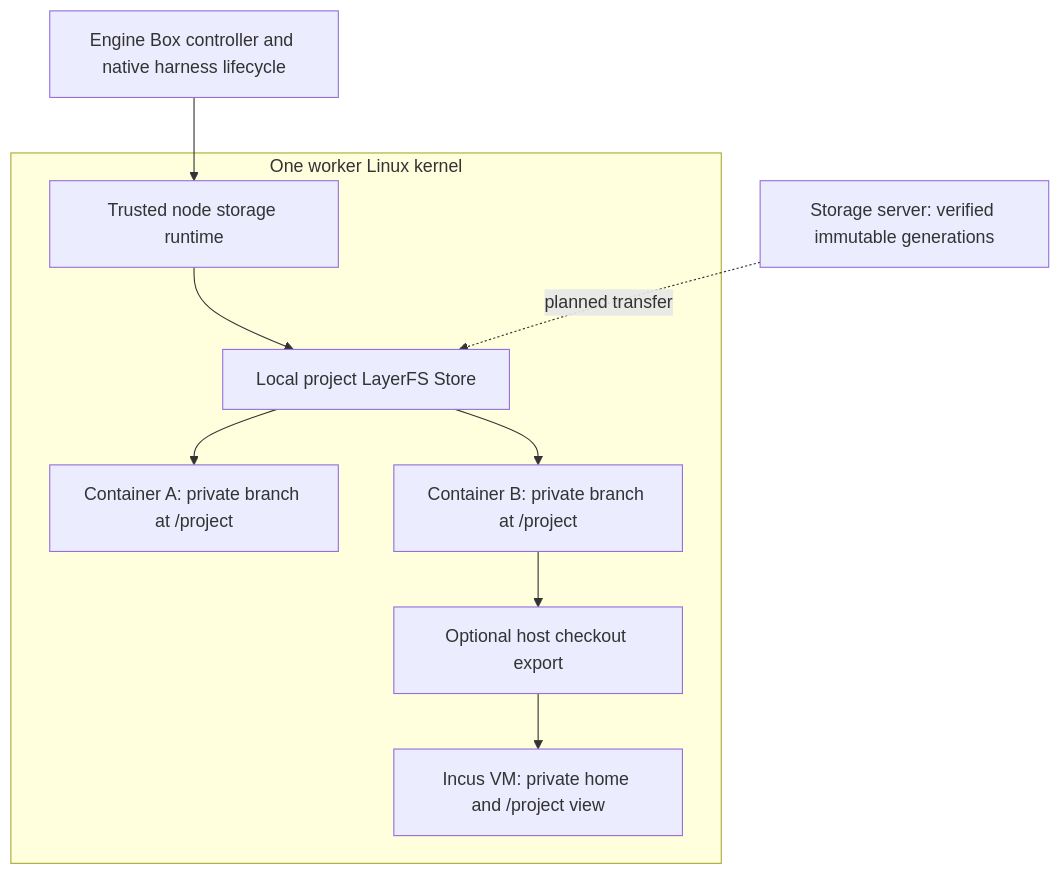
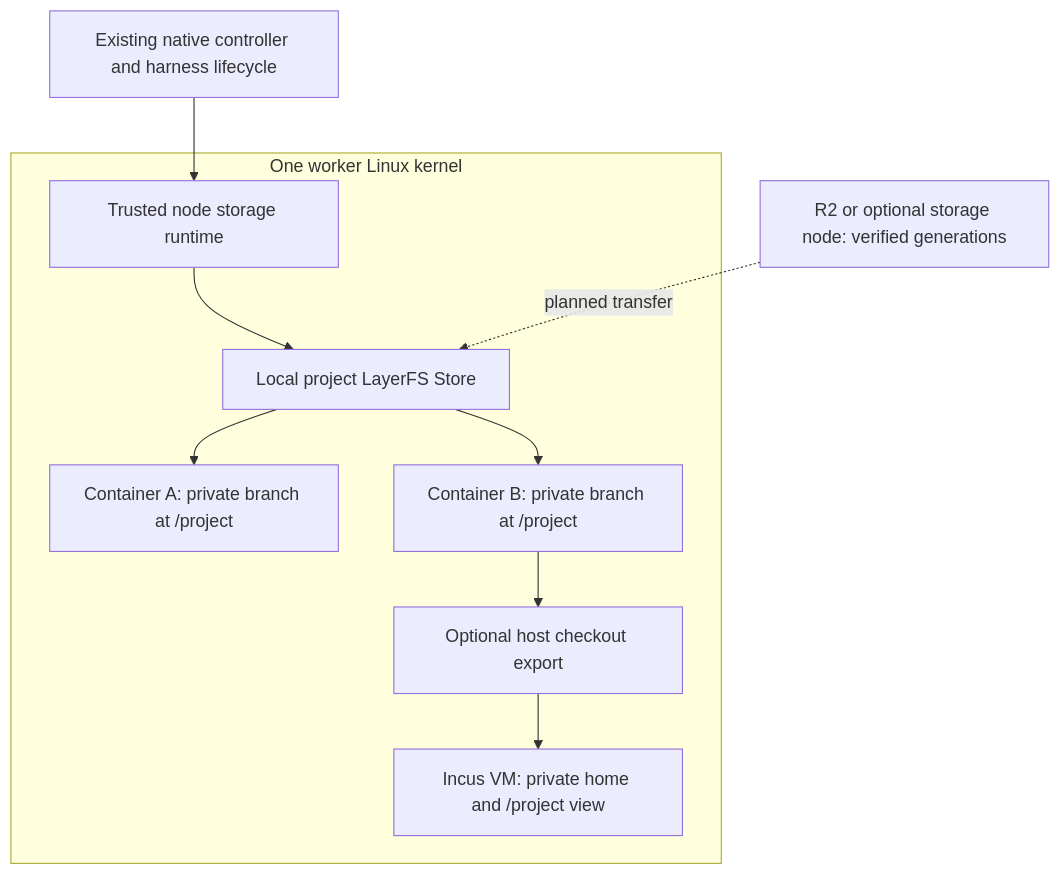
The diagram in docs/GAME-WORKSPACES.md (coop-collective/enginebox), drawn with Mermaid before and after one commit. The commit also changed other lines of this file and 4 other files, not shown here.

Commit message:
Require Cloudflare fleet authority and make storage nodes optional

````diff
--- a/docs/GAME-WORKSPACES.md
+++ b/docs/GAME-WORKSPACES.md
@@ -22,12 +25,12 @@
 ```mermaid
 flowchart TD
-    Controller[Engine Box controller and native harness lifecycle] --> Runtime[Trusted node storage runtime]
+    Controller[Existing native controller and harness lifecycle] --> Runtime[Trusted node storage runtime]
     subgraph Worker[One worker Linux kernel]
         Runtime --> Store[Local project LayerFS Store]
         Store --> A[Container A: private branch at /project]
         Store --> B[Container B: private branch at /project]
         B --> Export[Optional host checkout export]
         Export --> VM[Incus VM: private home and /project view]
     end
-    Archive[Storage server: verified immutable generations] -. planned transfer .-> Store
+    Archive[R2 or optional storage node: verified generations] -. planned transfer .-> Store
 ```
````
